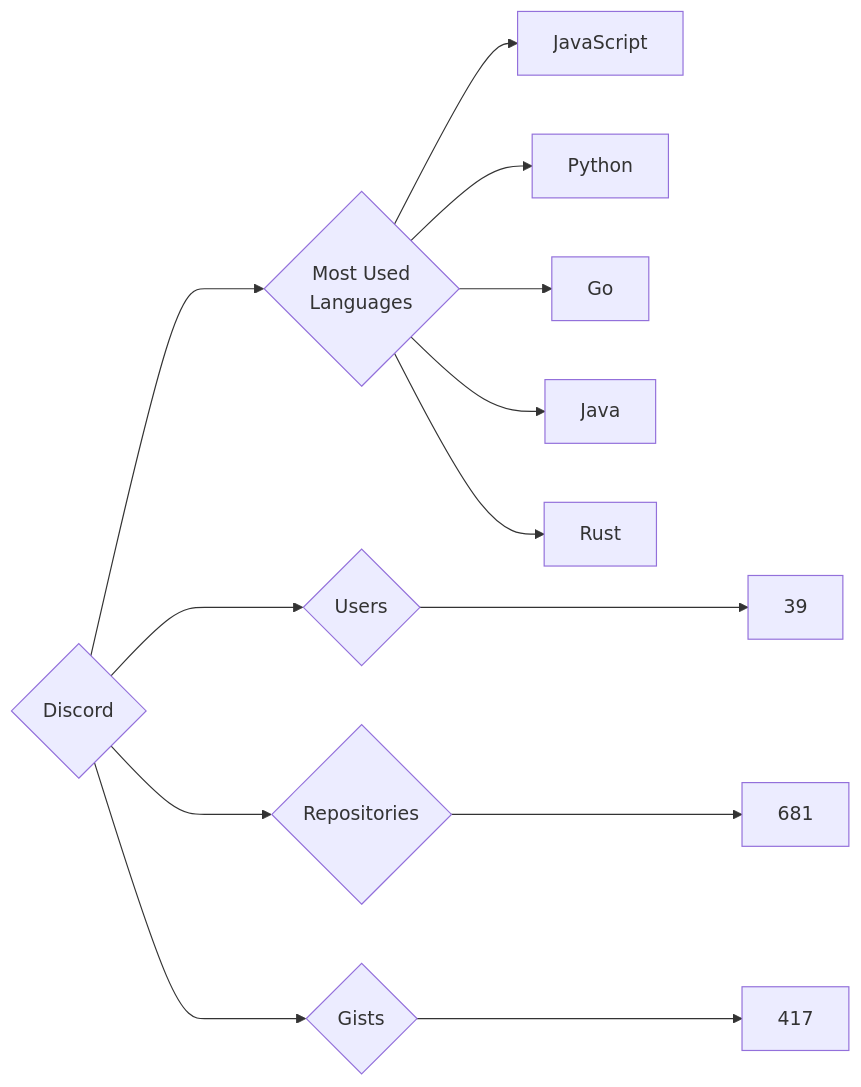
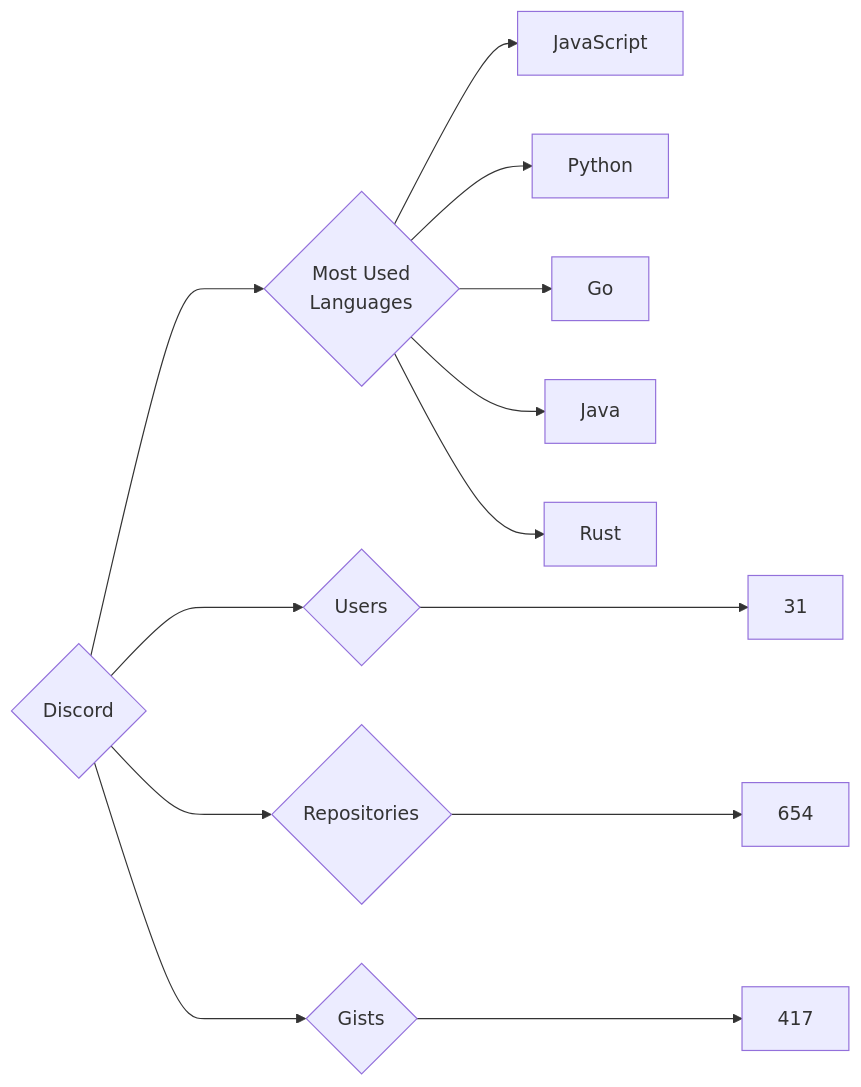
Before and after one commit to trickest/insiders: the diagram in targets/Discord/README.md, drawn with Mermaid. The commit also changed 749 other files, not shown here.

````diff
--- a/targets/Discord/README.md
+++ b/targets/Discord/README.md
@@ -3,13 +3,13 @@
 ```mermaid
 graph LR
 COMPANY_NAME{Discord}
-COMPANY_NAME ---> U{Users} ---> UN[39]
-COMPANY_NAME ---> R{Repositories} ---> RN[681]
+COMPANY_NAME ---> U{Users} ---> UN[31]
+COMPANY_NAME ---> R{Repositories} ---> RN[654]
 COMPANY_NAME ---> G{Gists} ---> GN[417]
 COMPANY_NAME ---> ML{Most Used<br>Languages}
 ML --> JavaScript[JavaScript]
 ML --> Python[Python]
 ML --> Go[Go]
 ML --> Java[Java]
 ML --> Rust[Rust]
 ```
````
